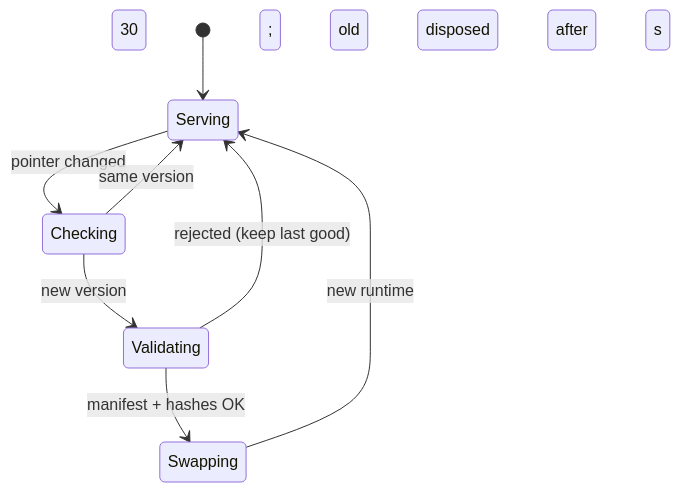
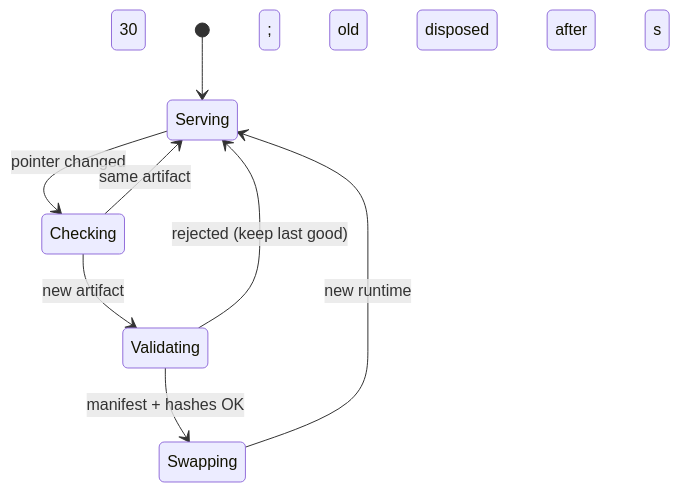
The diagram in apps/docs/content/docs/internal/architecture/artifact-loader.mdx (0ctanium/puckremote), drawn with Mermaid before and after one commit. The commit also changed other lines of this file and 184 other files, not shown here.

````diff
--- a/apps/docs/content/docs/internal/architecture/artifact-loader.mdx
+++ b/apps/docs/content/docs/internal/architecture/artifact-loader.mdx
@@ -19,10 +22,10 @@
 ```mermaid
 stateDiagram-v2
   [*] --> Serving
   Serving --> Checking: pointer changed
-  Checking --> Validating: new version
-  Checking --> Serving: same version
+  Checking --> Validating: new artifact
+  Checking --> Serving: same artifact
   Validating --> Swapping: manifest + hashes OK
   Validating --> Serving: rejected (keep last good)
   Swapping --> Serving: new runtime; old disposed after 30 s
 ```
````
